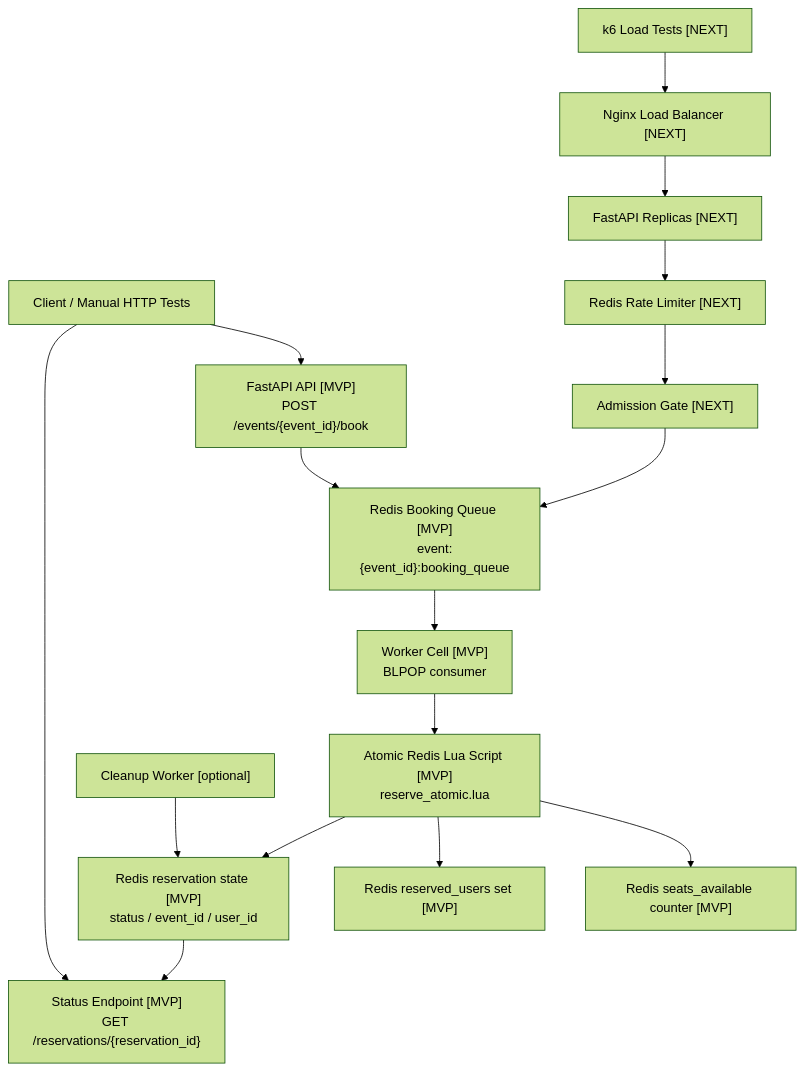
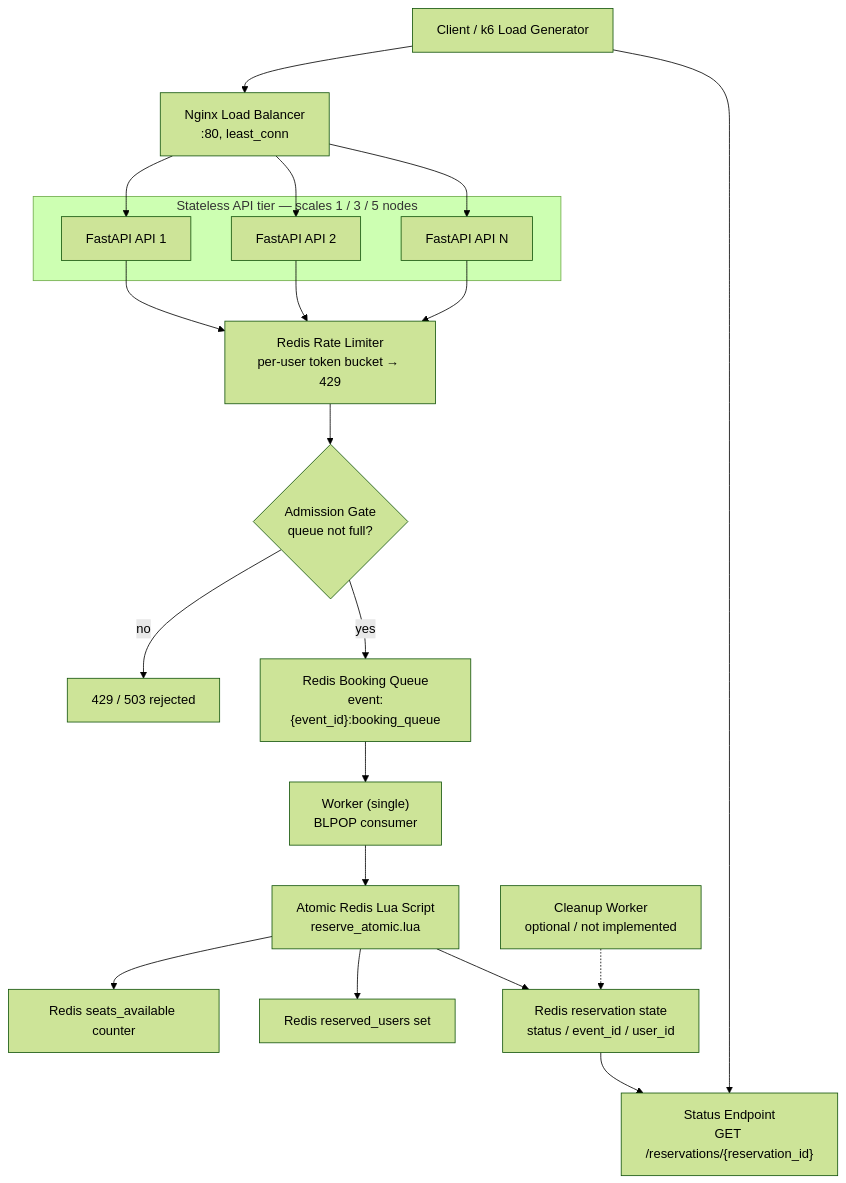
The diagram in docs/architecture/workflow-mvp.md (felix00112/SE3S-Assignment-Prototyping1), drawn with Mermaid (forest theme) before and after one commit. The commit also changed other lines of this file, not shown here.

Commit message:
docs: align workflow-mvp diagram with current architecture

````diff
--- a/docs/architecture/workflow-mvp.md
+++ b/docs/architecture/workflow-mvp.md
@@ -9,27 +12,30 @@
 ```mermaid
 flowchart TD
-    client["Client / Manual HTTP Tests"] --> api["FastAPI API [MVP]\nPOST /events/{event_id}/book"]
-    api --> queue["Redis Booking Queue [MVP]\nevent:{event_id}:booking_queue"]
-    queue --> worker["Worker Cell [MVP]\nBLPOP consumer"]
-    worker --> lua["Atomic Redis Lua Script [MVP]\nreserve_atomic.lua"]
-    lua --> seats["Redis seats_available counter [MVP]"]
-    lua --> users["Redis reserved_users set [MVP]"]
-    lua --> reservation["Redis reservation state [MVP]\nstatus / event_id / user_id"]
-    reservation --> status["Status Endpoint [MVP]\nGET /reservations/{reservation_id}"]
+    client["Client / k6 Load Generator"] --> nginx["Nginx Load Balancer<br/>:80, least_conn"]
+
+    subgraph apitier["Stateless API tier — scales 1 / 3 / 5 nodes"]
+        api1["FastAPI API 1"]
+        api2["FastAPI API 2"]
+        apiN["FastAPI API N"]
+    end
+    nginx --> api1
+    nginx --> api2
+    nginx --> apiN
+
+    api1 --> ratelimit["Redis Rate Limiter<br/>per-user token bucket → 429"]
+    api2 --> ratelimit
+    apiN --> ratelimit
+    ratelimit --> gate{"Admission Gate<br/>queue not full?"}
+    gate -- "no" --> reject["429 / 503 rejected"]
+    gate -- "yes" --> queue["Redis Booking Queue<br/>event:{event_id}:booking_queue"]
+
+    queue --> worker["Worker (single)<br/>BLPOP consumer"]
+    worker --> lua["Atomic Redis Lua Script<br/>reserve_atomic.lua"]
+    lua --> seats["Redis seats_available counter"]
+    lua --> users["Redis reserved_users set"]
+    lua --> reservation["Redis reservation state<br/>status / event_id / user_id"]
+    reservation --> status["Status Endpoint<br/>GET /reservations/{reservation_id}"]
 
     client --> status
-
-    nginx["Nginx Load Balancer [NEXT]"]
-    replicas["FastAPI Replicas [NEXT]"]
-    ratelimit["Redis Rate Limiter [NEXT]"]
-    gate["Admission Gate [NEXT]"]
-    cleanup["Cleanup Worker [optional]"]
-    k6["k6 Load Tests [NEXT]"]
-
-    k6 --> nginx
-    nginx --> replicas
-    replicas --> ratelimit
-    ratelimit --> gate
-    gate --> queue
-    cleanup --> reservation
+    cleanup["Cleanup Worker<br/>optional / not implemented"] -.-> reservation
 ```
````
